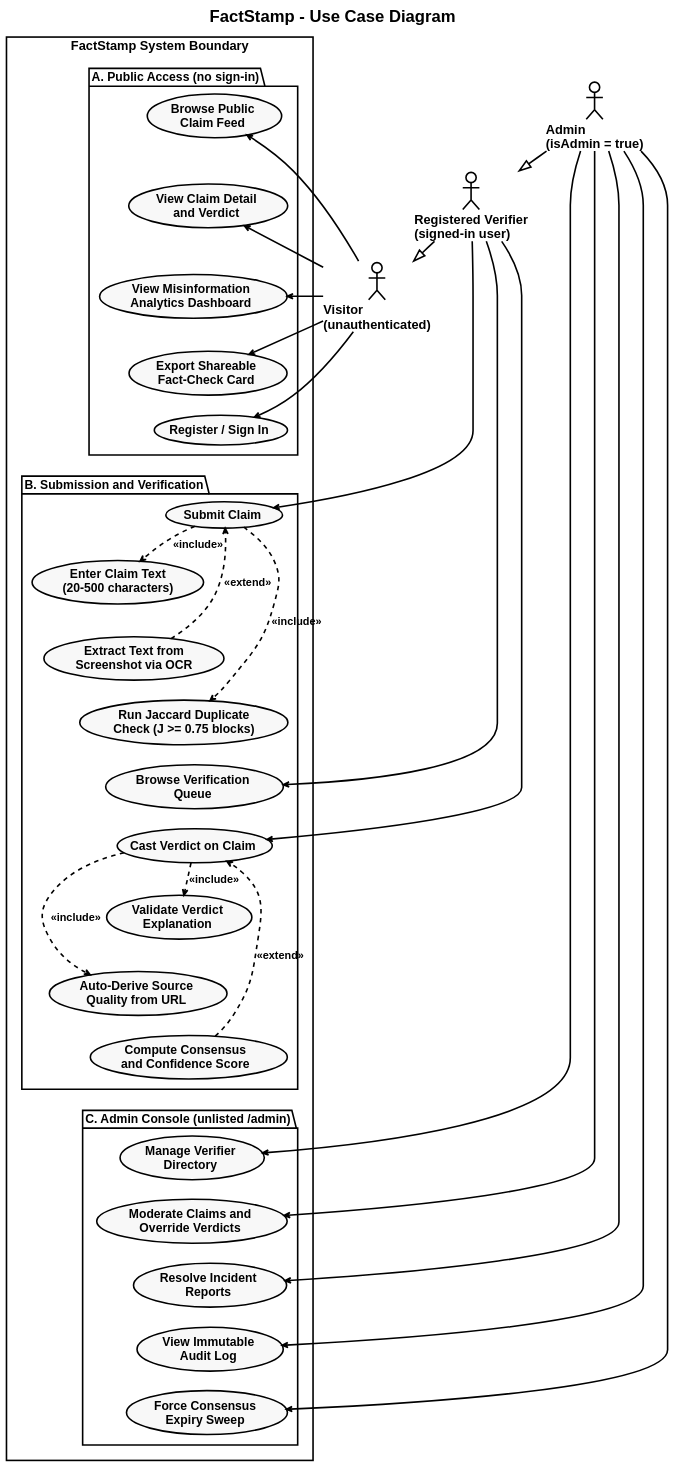
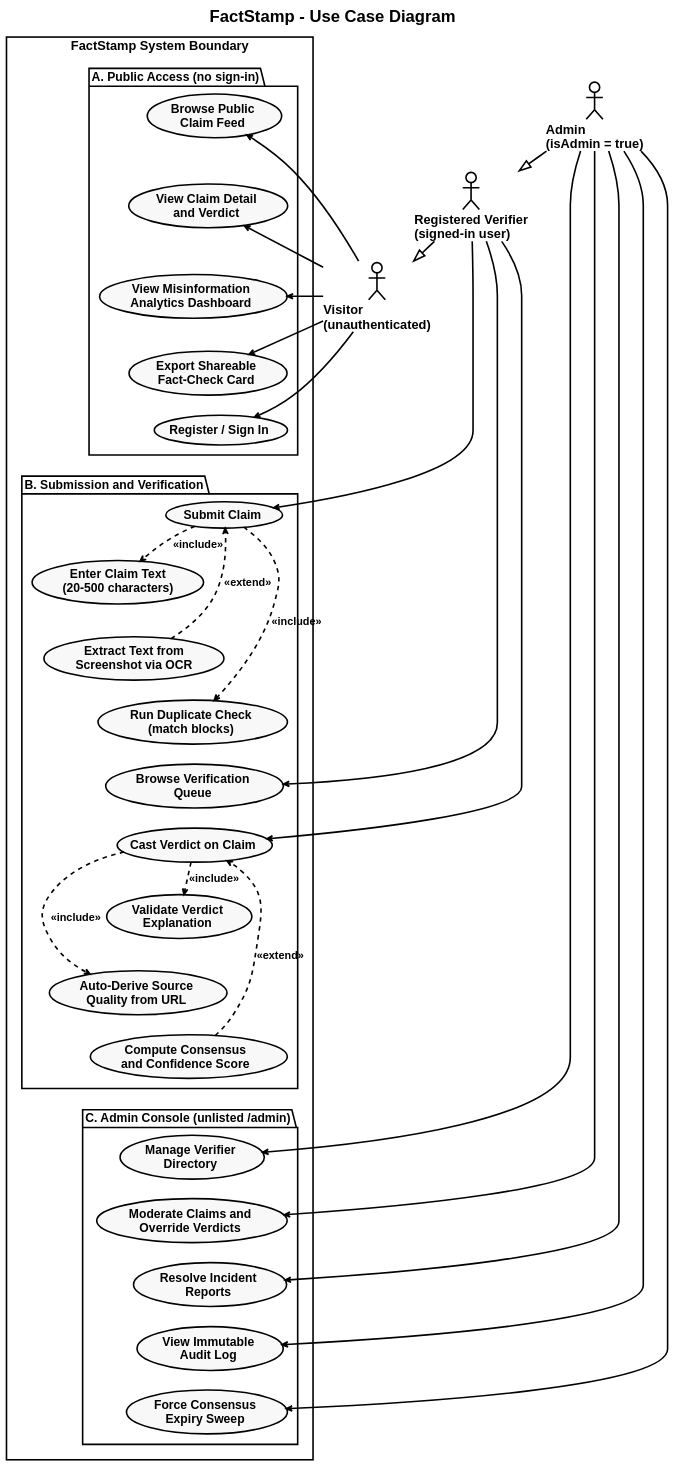
One commit to aadish0day/typst changed the diagram in FactStamp/black_book_draft/03_Requirements_and_Analysis/attachments/use_case_diagram.puml. Above: the diagram before and after it, drawn with PlantUML. The commit also changed 50 other files, not shown here.

```diff
--- a/FactStamp/black_book_draft/03_Requirements_and_Analysis/attachments/use_case_diagram.puml
+++ b/FactStamp/black_book_draft/03_Requirements_and_Analysis/attachments/use_case_diagram.puml
@@ -1,131 +1,131 @@
 @startuml
 skinparam style strictuml
 skinparam monochrome true
 skinparam defaultFontName "Liberation Sans"
 skinparam defaultFontSize 20
 skinparam defaultFontStyle bold
 skinparam titleFontSize 26
 skinparam titleFontStyle bold
 
 skinparam backgroundColor white
 skinparam ArrowColor black
 skinparam ArrowThickness 2.5
 skinparam ArrowFontSize 17
 skinparam ArrowFontStyle bold
 
 skinparam UsecaseBorderColor black
 skinparam UsecaseBorderThickness 2.5
 skinparam UsecaseBackgroundColor #F8F9FA
 skinparam UsecaseFontSize 19
 skinparam UsecaseFontStyle bold
 
 skinparam ActorBorderColor black
 skinparam ActorBorderThickness 2.5
 skinparam ActorBackgroundColor #FFFFFF
 skinparam ActorFontSize 20
 skinparam ActorFontStyle bold
 
 skinparam RectangleBorderColor black
 skinparam RectangleBorderThickness 2.5
 skinparam RectangleBackgroundColor transparent
 skinparam RectangleFontSize 20
 skinparam RectangleFontStyle bold
 
 title FactStamp - Use Case Diagram
 
 skinparam nodesep 18
 skinparam ranksep 30
 skinparam PackageBorderColor black
 skinparam PackageBorderThickness 2.5
 skinparam PackageFontSize 19
 skinparam PackageFontStyle bold
 
 actor "Visitor\n(unauthenticated)" as Visitor
 actor "Registered Verifier\n(signed-in user)" as Verifier
 actor "Admin\n(isAdmin = true)" as Admin
 
 Verifier --|> Visitor
 Admin --|> Verifier
 
 rectangle "FactStamp System Boundary" {
 
   package "A. Public Access (no sign-in)" {
     usecase "Browse Public\nClaim Feed" as UC1
     usecase "View Claim Detail\nand Verdict" as UC2
     usecase "View Misinformation\nAnalytics Dashboard" as UC3
     usecase "Export Shareable\nFact-Check Card" as UC4
     usecase "Register / Sign In" as UC5
   }
 
   package "B. Submission and Verification" {
     usecase "Submit Claim" as UC6
     usecase "Enter Claim Text\n(20-500 characters)" as UC7
     usecase "Extract Text from\nScreenshot via OCR" as UC8
-    usecase "Run Jaccard Duplicate\nCheck (J >= 0.75 blocks)" as UC9
+    usecase "Run Duplicate Check\n(match blocks)" as UC9
     usecase "Browse Verification\nQueue" as UC10
     usecase "Cast Verdict on Claim" as UC11
     usecase "Validate Verdict\nExplanation" as UC12
     usecase "Auto-Derive Source\nQuality from URL" as UC13
     usecase "Compute Consensus\nand Confidence Score" as UC14
   }
 
   package "C. Admin Console (unlisted /admin)" {
     usecase "Manage Verifier\nDirectory" as UC15
     usecase "Moderate Claims and\nOverride Verdicts" as UC16
     usecase "Resolve Incident\nReports" as UC17
     usecase "View Immutable\nAudit Log" as UC18
     usecase "Force Consensus\nExpiry Sweep" as UC19
   }
 }
 
 ' --- Force a single top-to-bottom column (A4 portrait) ---
 UC1 -[hidden]down- UC2
 UC2 -[hidden]down- UC3
 UC3 -[hidden]down- UC4
 UC4 -[hidden]down- UC5
 UC5 -[hidden]down- UC6
 UC6 -[hidden]down- UC7
 UC7 -[hidden]down- UC8
 UC8 -[hidden]down- UC9
 UC9 -[hidden]down- UC10
 UC10 -[hidden]down- UC11
 UC11 -[hidden]down- UC12
 UC12 -[hidden]down- UC13
 UC13 -[hidden]down- UC14
 UC14 -[hidden]down- UC15
 UC15 -[hidden]down- UC16
 UC16 -[hidden]down- UC17
 UC17 -[hidden]down- UC18
 UC18 -[hidden]down- UC19
 
 ' --- Pin each actor beside its own group so association edges stay short ---
 UC5 -[hidden]down- Verifier
 UC14 -[hidden]down- Admin
 
 ' --- Visitor ---
 Visitor --> UC1
 Visitor --> UC2
 Visitor --> UC3
 Visitor --> UC4
 Visitor --> UC5
 
 ' --- Registered Verifier ---
 Verifier --> UC6
 Verifier --> UC10
 Verifier --> UC11
 
 UC6 ..> UC7 : <<include>>
 UC6 ..> UC9 : <<include>>
 UC8 ..> UC6 : <<extend>>
 UC11 ..> UC12 : <<include>>
 UC11 ..> UC13 : <<include>>
 UC14 ..> UC11 : <<extend>>
 
 ' --- Admin ---
 Admin --> UC15
 Admin --> UC16
 Admin --> UC17
 Admin --> UC18
 Admin --> UC19
 
 @enduml
```
